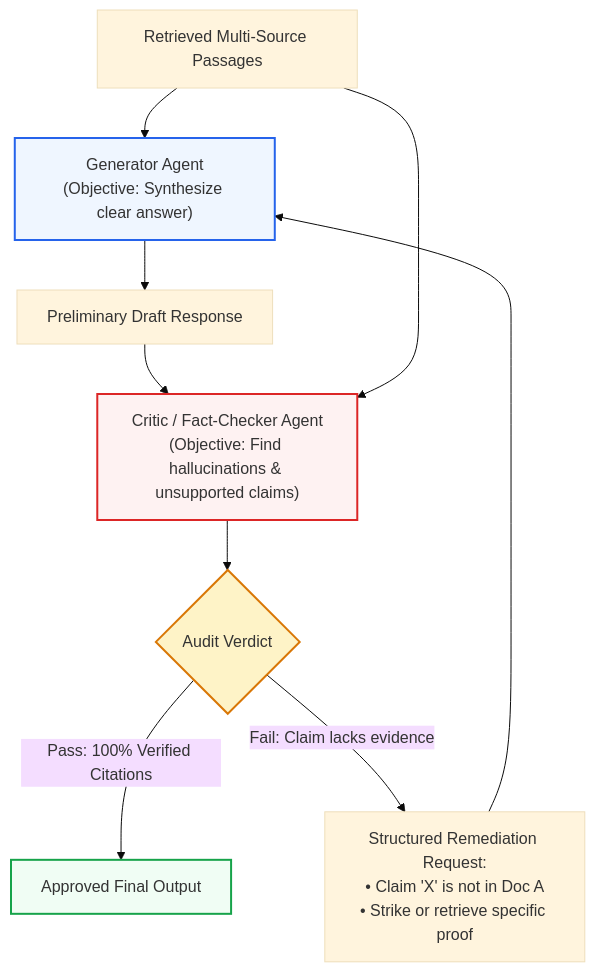
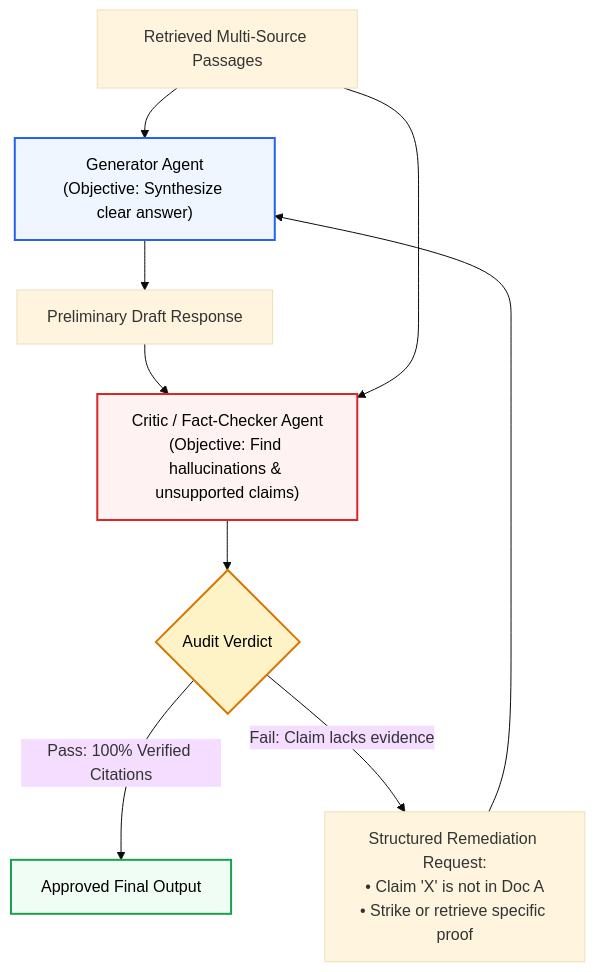
Before and after one commit to swapnil3104/RAG-Engineering: the third of 5 diagrams in 07-Agentic-RAG/Multi-Agent-RAG.md, drawn with Mermaid (base theme). The commit also changed other lines of this file and 108 other files, not shown here.

Commit message:
fix: make chart text visible across all Mermaid diagrams and resolve markdown table formatting issues

````diff
--- a/07-Agentic-RAG/Multi-Agent-RAG.md
+++ b/07-Agentic-RAG/Multi-Agent-RAG.md
@@ -158,20 +158,20 @@
 ```mermaid
 flowchart TD
     Context[Retrieved Multi-Source Passages] --> Generator["Generator Agent<br/>(Objective: Synthesize clear answer)"]
     Generator --> Draft["Preliminary Draft Response"]
     
     Draft --> Critic["Critic / Fact-Checker Agent<br/>(Objective: Find hallucinations & unsupported claims)"]
     Context --> Critic
     
     Critic --> Audit{"Audit Verdict"}
     
     Audit -->|"Pass: 100% Verified Citations"| Deliverable[Approved Final Output]
     Audit -->|"Fail: Claim lacks evidence"| RevisionReq["Structured Remediation Request:<br/>• Claim 'X' is not in Doc A<br/>• Strike or retrieve specific proof"]
     
     RevisionReq --> Generator
 
-    style Generator fill:#eff6ff,stroke:#2563eb,stroke-width:2px
-    style Critic fill:#fef2f2,stroke:#dc2626,stroke-width:2px
-    style Audit fill:#fef3c7,stroke:#d97706,stroke-width:2px
-    style Deliverable fill:#f0fdf4,stroke:#16a34a,stroke-width:2px
+    style Generator fill:#eff6ff,stroke:#2563eb,stroke-width:2px,color:#000000
+    style Critic fill:#fef2f2,stroke:#dc2626,stroke-width:2px,color:#000000
+    style Audit fill:#fef3c7,stroke:#d97706,stroke-width:2px,color:#000000
+    style Deliverable fill:#f0fdf4,stroke:#16a34a,stroke-width:2px,color:#000000
 ```
````
